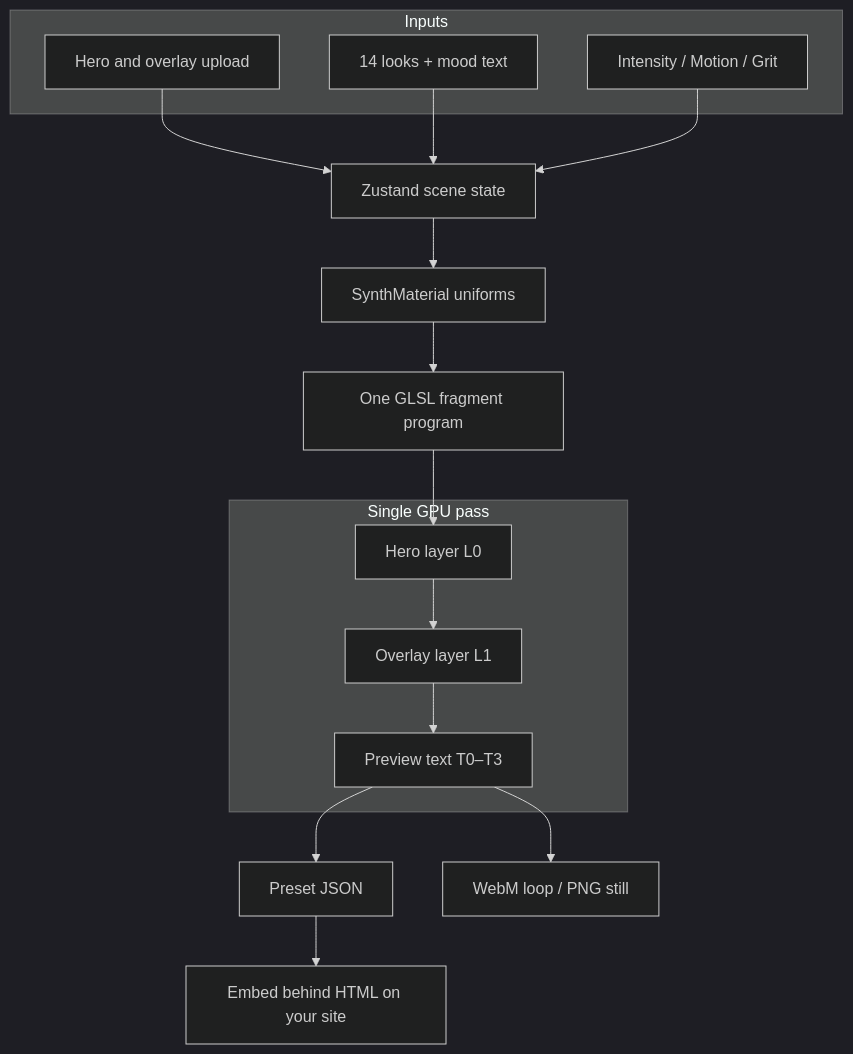
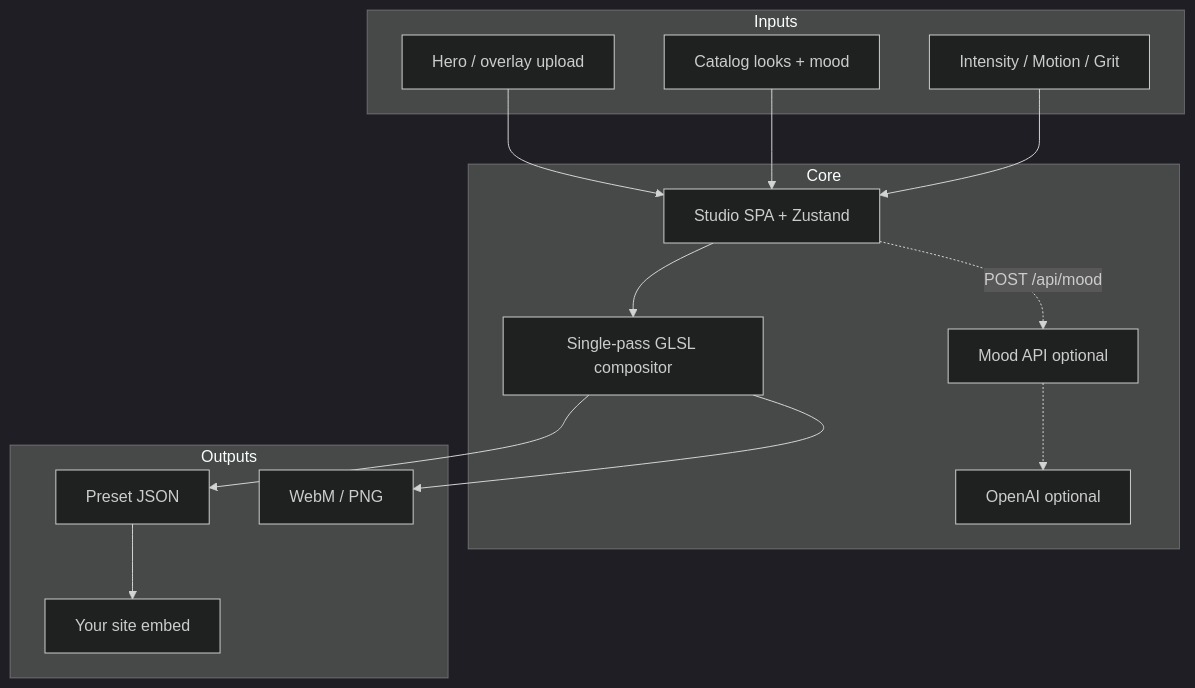
The diagram in docs/architecture.mmd (aryanjohari/web-image-editor), drawn with Mermaid (dark theme) before and after one commit. The commit also changed 14 other files, not shown here.

```diff
--- a/docs/architecture.mmd
+++ b/docs/architecture.mmd
@@ -1,30 +1,29 @@
 flowchart TB
   subgraph inputs [Inputs]
-    Upload[Hero and overlay upload]
-    Looks[14 looks + mood text]
+    Upload[Hero / overlay upload]
+    Looks[Catalog looks + mood]
     Tune[Intensity / Motion / Grit]
   end
 
-  Store[Zustand scene state]
-  Material[SynthMaterial uniforms]
-  Shader[One GLSL fragment program]
-
-  subgraph pass [Single GPU pass]
-    L0[Hero layer L0]
-    L1[Overlay layer L1]
-    Text[Preview text T0–T3]
+  subgraph core [Core]
+    Spa[Studio SPA + Zustand]
+    Shader[Single-pass GLSL compositor]
+    MoodApi[Mood API optional]
+    OpenAI[OpenAI optional]
   end
 
-  JSON[Preset JSON]
-  Media[WebM loop / PNG still]
-  Site[Embed behind HTML on your site]
+  subgraph outputs [Outputs]
+    JSON[Preset JSON]
+    Media[WebM / PNG]
+    Embed[Your site embed]
+  end
 
-  Upload --> Store
-  Looks --> Store
-  Tune --> Store
-  Store --> Material
-  Material --> Shader
-  Shader --> L0 --> L1 --> Text
-  Text --> JSON
-  Text --> Media
-  JSON --> Site
+  Upload --> Spa
+  Looks --> Spa
+  Tune --> Spa
+  Spa --> Shader
+  Spa -.->|POST /api/mood| MoodApi
+  MoodApi -.-> OpenAI
+  Shader --> JSON
+  Shader --> Media
+  JSON --> Embed
```
